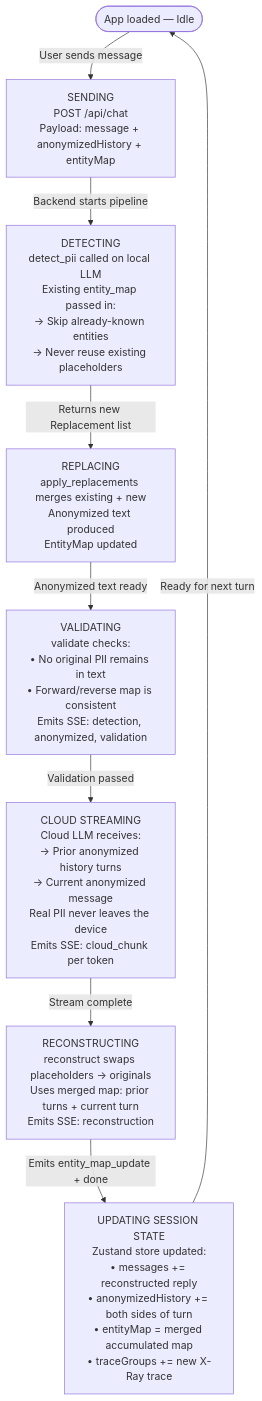
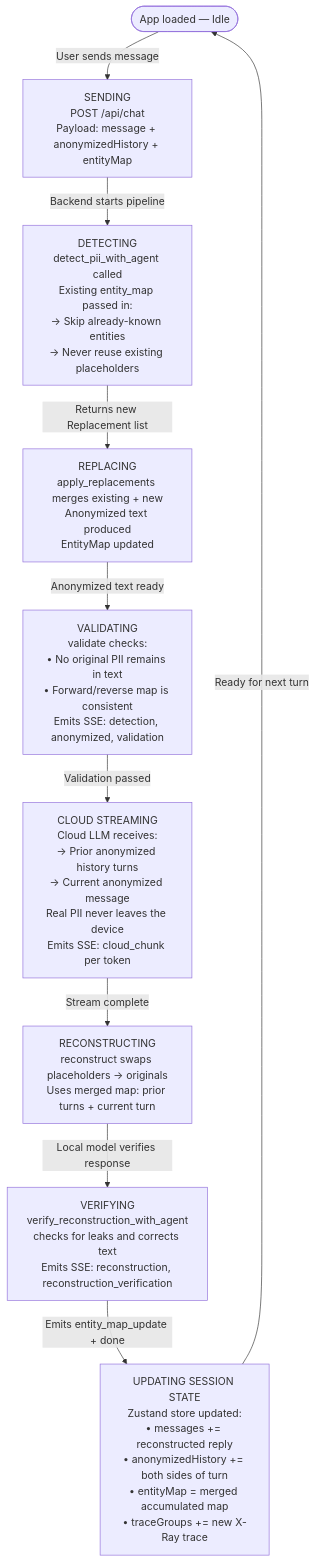
Before and after one commit to itzrnvr/CloakChat: the third of 6 diagrams in diagrams.md, drawn with Mermaid. The commit also changed other lines of this file and 72 other files, not shown here.

First line of the commit message:
feat: PydanticAI privacy agent, clarification flow, debug tracing, verification

````diff
--- a/diagrams.md
+++ b/diagrams.md
@@ -128,34 +132,38 @@
 ```mermaid
 flowchart TD
     START(["App loaded — Idle"])
 
     START -->|"User sends message"| S1
 
     S1["SENDING\nPOST /api/chat\nPayload: message + anonymizedHistory + entityMap"]
 
     S1 -->|"Backend starts pipeline"| S2
 
-    S2["DETECTING\ndetect_pii called on local LLM\nExisting entity_map passed in:\n→ Skip already-known entities\n→ Never reuse existing placeholders"]
+    S2["DETECTING\ndetect_pii_with_agent called\nExisting entity_map passed in:\n→ Skip already-known entities\n→ Never reuse existing placeholders"]
 
     S2 -->|"Returns new Replacement list"| S3
 
     S3["REPLACING\napply_replacements merges existing + new\nAnonymized text produced\nEntityMap updated"]
 
     S3 -->|"Anonymized text ready"| S4
 
     S4["VALIDATING\nvalidate checks:\n• No original PII remains in text\n• Forward/reverse map is consistent\nEmits SSE: detection, anonymized, validation"]
 
     S4 -->|"Validation passed"| S5
 
     S5["CLOUD STREAMING\nCloud LLM receives:\n→ Prior anonymized history turns\n→ Current anonymized message\nReal PII never leaves the device\nEmits SSE: cloud_chunk per token"]
 
     S5 -->|"Stream complete"| S6
 
-    S6["RECONSTRUCTING\nreconstruct swaps placeholders → originals\nUses merged map: prior turns + current turn\nEmits SSE: reconstruction"]
+    S6["RECONSTRUCTING\nreconstruct swaps placeholders → originals\nUses merged map: prior turns + current turn"]
 
-    S6 -->|"Emits entity_map_update + done"| S7
+    S6 -->|"Local model verifies response"| S7
 
-    S7["UPDATING SESSION STATE\nZustand store updated:\n• messages += reconstructed reply\n• anonymizedHistory += both sides of turn\n• entityMap = merged accumulated map\n• traceGroups += new X-Ray trace"]
+    S7["VERIFYING\nverify_reconstruction_with_agent\nchecks for leaks and corrects text\nEmits SSE: reconstruction, reconstruction_verification"]
 
-    S7 -->|"Ready for next turn"| START
+    S7 -->|"Emits entity_map_update + done"| S8
+
+    S8["UPDATING SESSION STATE\nZustand store updated:\n• messages += reconstructed reply\n• anonymizedHistory += both sides of turn\n• entityMap = merged accumulated map\n• traceGroups += new X-Ray trace"]
+
+    S8 -->|"Ready for next turn"| START
 ```
````
